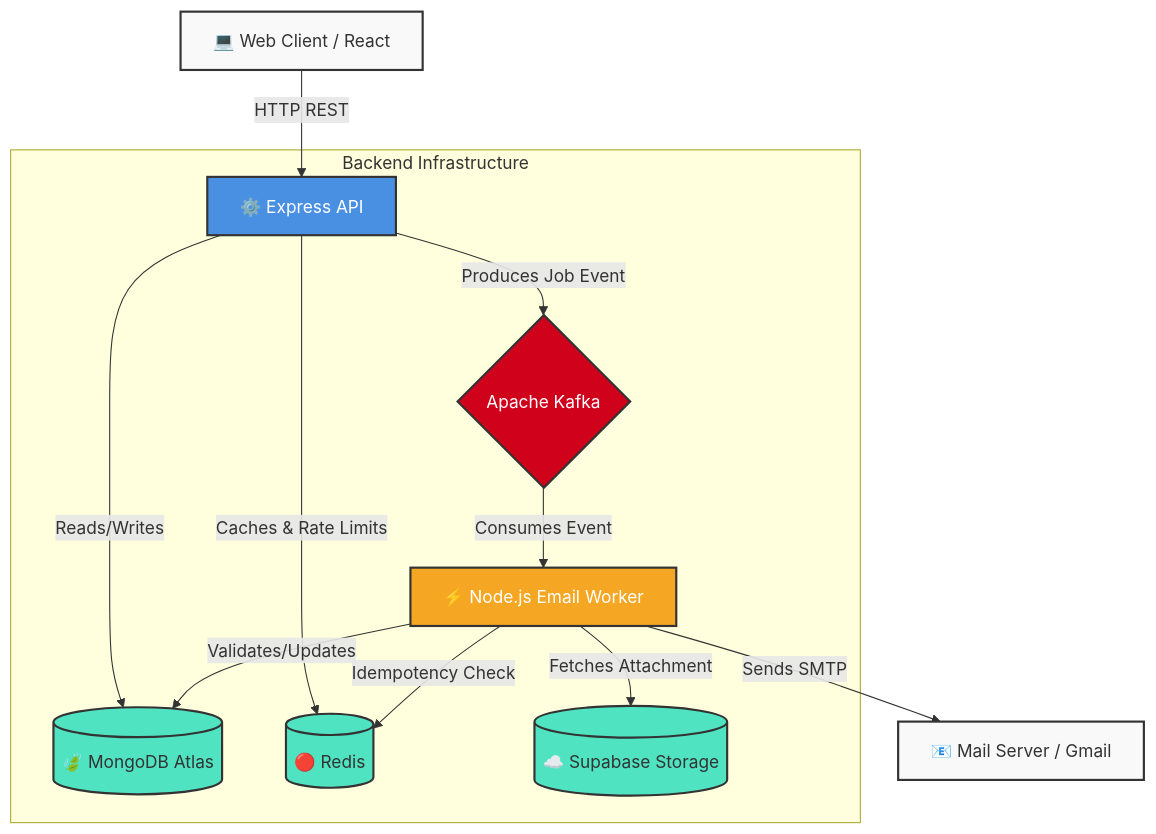
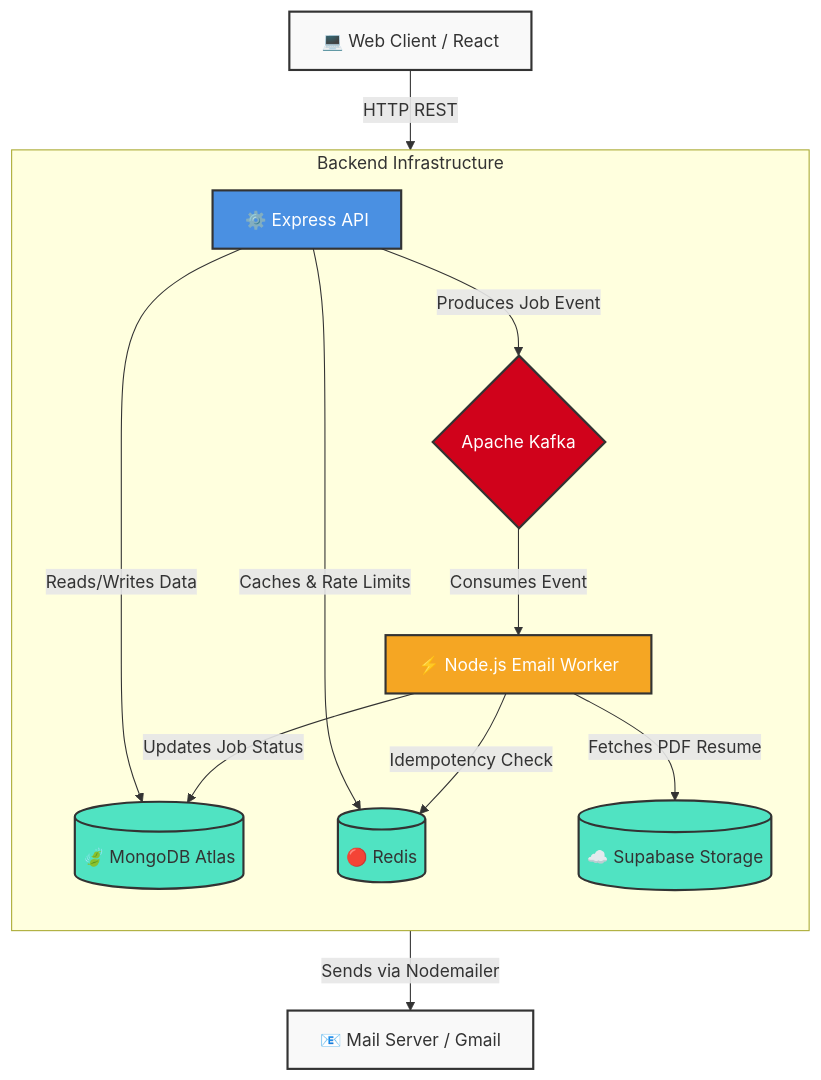
Before and after one commit to 04shubham7/ColdStream: the diagram in README.md, drawn with Mermaid. The commit also changed other lines of this file, not shown here.

````diff
--- a/README.md
+++ b/README.md
@@ -29,24 +37,26 @@
 ```mermaid
 graph TD
     %% Define Styles
     classDef client fill:#f9f9f9,stroke:#333,stroke-width:2px;
     classDef api fill:#4a90e2,stroke:#333,stroke-width:2px,color:#fff;
     classDef worker fill:#f5a623,stroke:#333,stroke-width:2px,color:#fff;
     classDef db fill:#50e3c2,stroke:#333,stroke-width:2px;
     classDef queue fill:#d0021b,stroke:#333,stroke-width:2px,color:#fff;
+    classDef group fill:#ffffff,stroke:#e5e7eb,stroke-width:2px,stroke-dasharray: 5 5;
 
     Client[💻 Web Client / React]:::client -->|HTTP REST| API[⚙️ Express API]:::api
     
     subgraph Backend Infrastructure
-    API -->|Reads/Writes| MongoDB[(🍃 MongoDB Atlas)]:::db
-    API -->|Caches & Rate Limits| Redis[(🔴 Redis)]:::db
-    API -->|Produces Job Event| Kafka{Apache Kafka}:::queue
-    
-    Kafka -->|Consumes Event| Worker[⚡ Node.js Email Worker]:::worker
-    Worker -->|Validates/Updates| MongoDB
-    Worker -->|Idempotency Check| Redis
-    Worker -->|Fetches Attachment| Supabase[(☁️ Supabase Storage)]:::db
+        direction TB
+        API -->|Reads/Writes Data| MongoDB[(🍃 MongoDB Atlas)]:::db
+        API -->|Caches & Rate Limits| Redis[(🔴 Redis)]:::db
+        API -->|Produces Job Event| Kafka{Apache Kafka}:::queue
+        
+        Kafka -->|Consumes Event| Worker[⚡ Node.js Email Worker]:::worker
+        Worker -->|Updates Job Status| MongoDB
+        Worker -->|Idempotency Check| Redis
+        Worker -->|Fetches PDF Resume| Supabase[(☁️ Supabase Storage)]:::db
     end
     
-    Worker -->|Sends SMTP| SMTP[📧 Mail Server / Gmail]:::client
+    Worker -->|Sends via Nodemailer| SMTP[📧 Mail Server / Gmail]:::client
 ```
````
